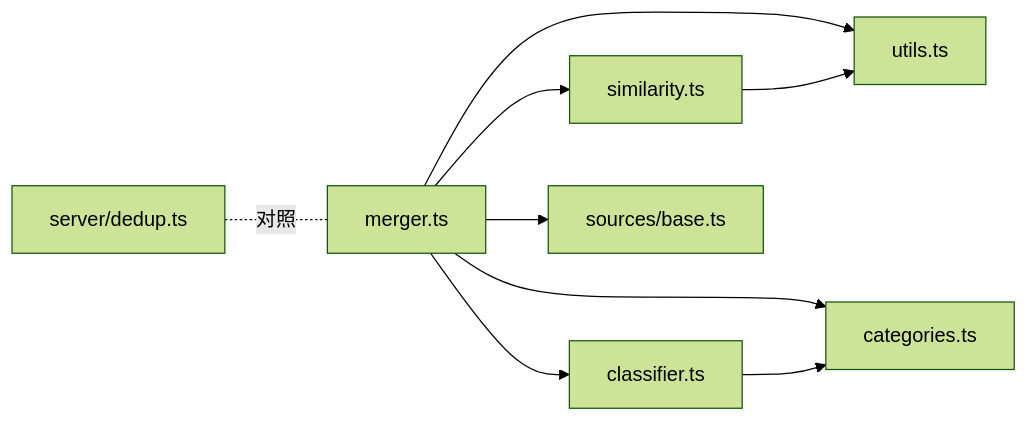
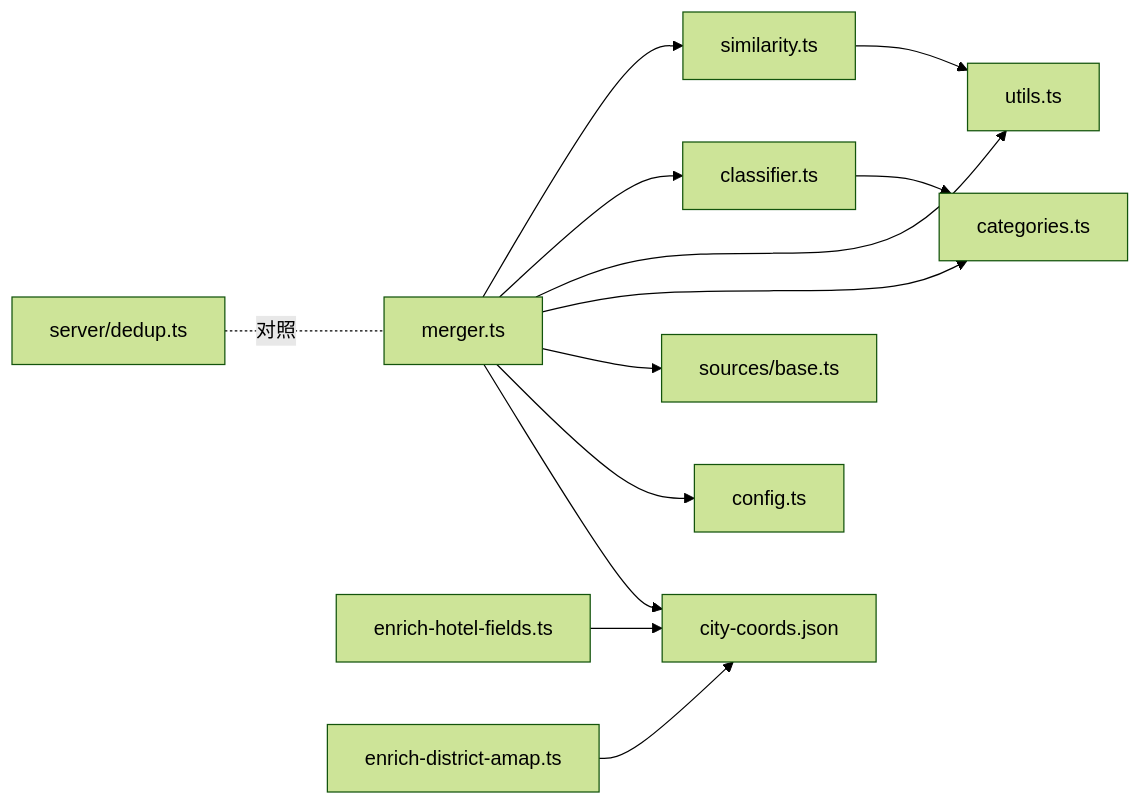
Diagram 11 of 11 in .qoder/repowiki/zh/content/AI数据采集系统/数据处理管道/数据合并算法.md (ititjjy/AITrip-plan), drawn with Mermaid (forest theme) before and after one commit. The commit also changed other lines of this file and 28 other files, not shown here.

````diff
--- a/.qoder/repowiki/zh/content/AI数据采集系统/数据处理管道/数据合并算法.md
+++ b/.qoder/repowiki/zh/content/AI数据采集系统/数据处理管道/数据合并算法.md
@@ -356,11 +438,15 @@
 ```mermaid
 graph LR
 M["merger.ts"] --> S["similarity.ts"]
 M --> C["classifier.ts"]
 M --> U["utils.ts"]
 M --> CAT["categories.ts"]
 M --> BASE["sources/base.ts"]
+M --> CONF["config.ts"]
+M --> COOR["city-coords.json"]
+EH["enrich-hotel-fields.ts"] --> COOR
+EDA["enrich-district-amap.ts"] --> COOR
 S --> U
 C --> CAT
 SD["server/dedup.ts"] -. 对照 .- M
 ```
````
